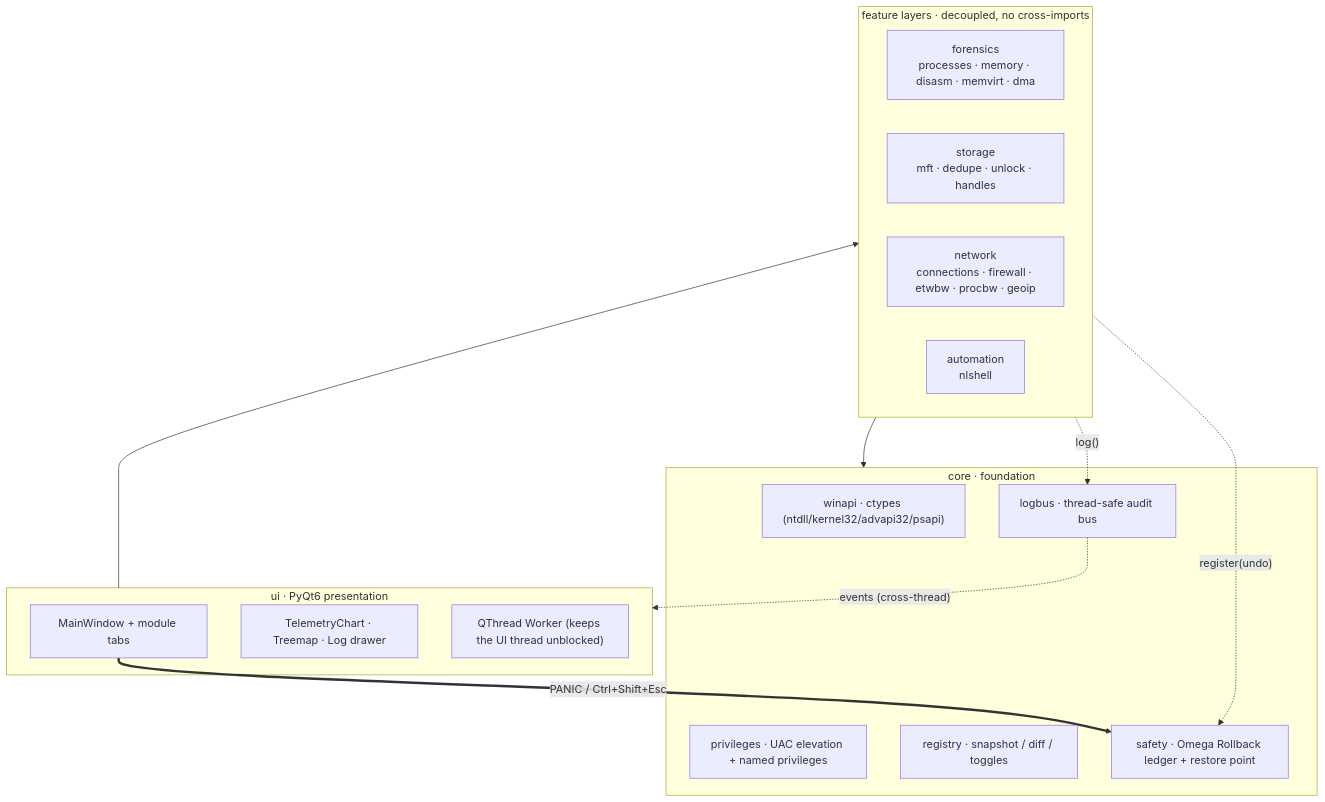
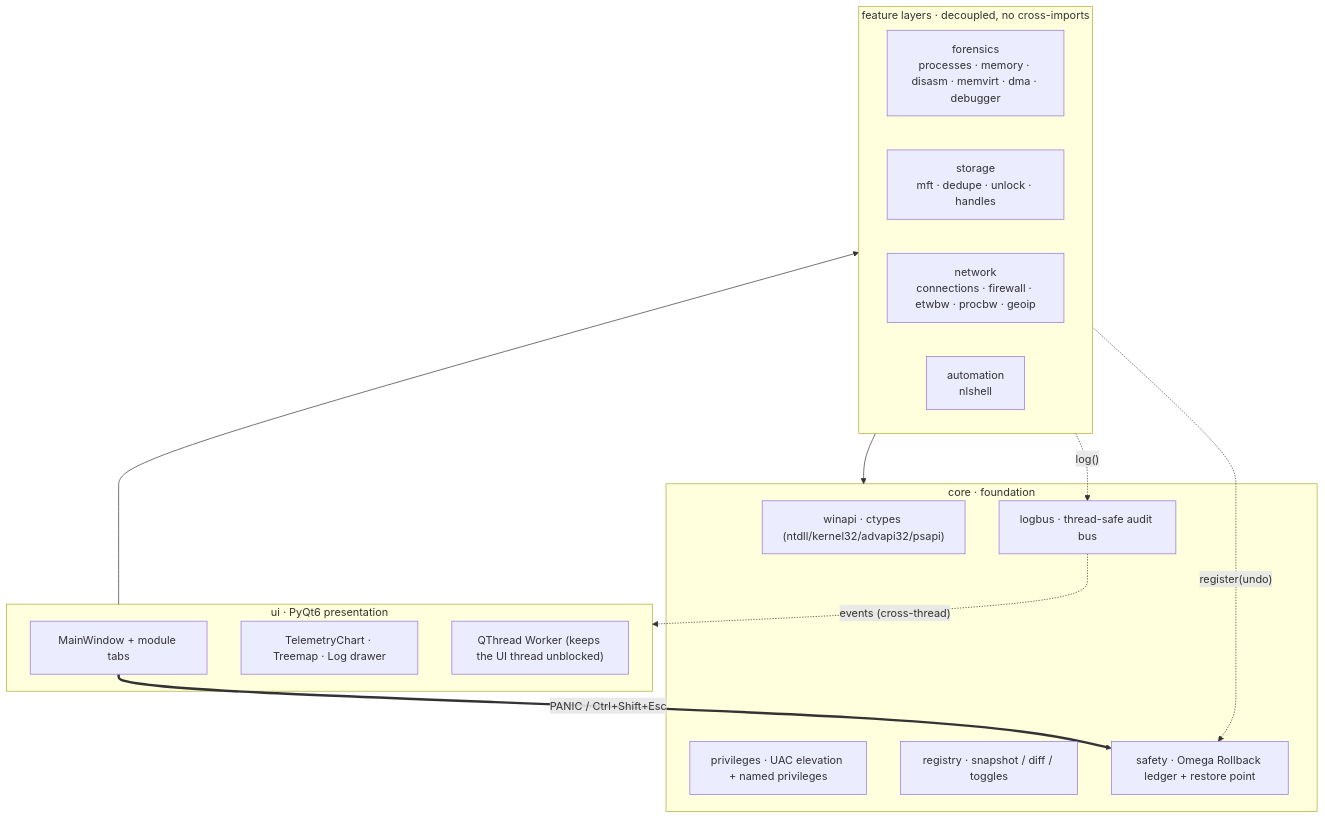
The first of 2 diagrams in docs/ARCHITECTURE.md (Dray973/Aetheris), drawn with Mermaid before and after one commit. The commit also changed other lines of this file and 14 other files, not shown here.

First line of the commit message:
docs: Debugger tab — screenshots, README, ARCHITECTURE

````diff
--- a/docs/ARCHITECTURE.md
+++ b/docs/ARCHITECTURE.md
@@ -10,29 +10,29 @@
 ```mermaid
 flowchart TB
     subgraph UI["ui · PyQt6 presentation"]
         MW["MainWindow + module tabs"]
         VIS["TelemetryChart · Treemap · Log drawer"]
         WK["QThread Worker (keeps the UI thread unblocked)"]
     end
 
     subgraph FEAT["feature layers · decoupled, no cross-imports"]
-        F["forensics<br/>processes · memory · disasm · memvirt · dma"]
+        F["forensics<br/>processes · memory · disasm · memvirt · dma · debugger"]
         S["storage<br/>mft · dedupe · unlock · handles"]
         N["network<br/>connections · firewall · etwbw · procbw · geoip"]
         A["automation<br/>nlshell"]
     end
 
     subgraph CORE["core · foundation"]
         WIN["winapi · ctypes (ntdll/kernel32/advapi32/psapi)"]
         PRIV["privileges · UAC elevation + named privileges"]
         REG["registry · snapshot / diff / toggles"]
         LB["logbus · thread-safe audit bus"]
         SF["safety · Omega Rollback ledger + restore point"]
     end
 
     UI --> FEAT --> CORE
     FEAT -. "log()" .-> LB
     LB -. "events (cross-thread)" .-> UI
     FEAT -. "register(undo)" .-> SF
     MW == "PANIC / Ctrl+Shift+Esc" ==> SF
 ```
````
